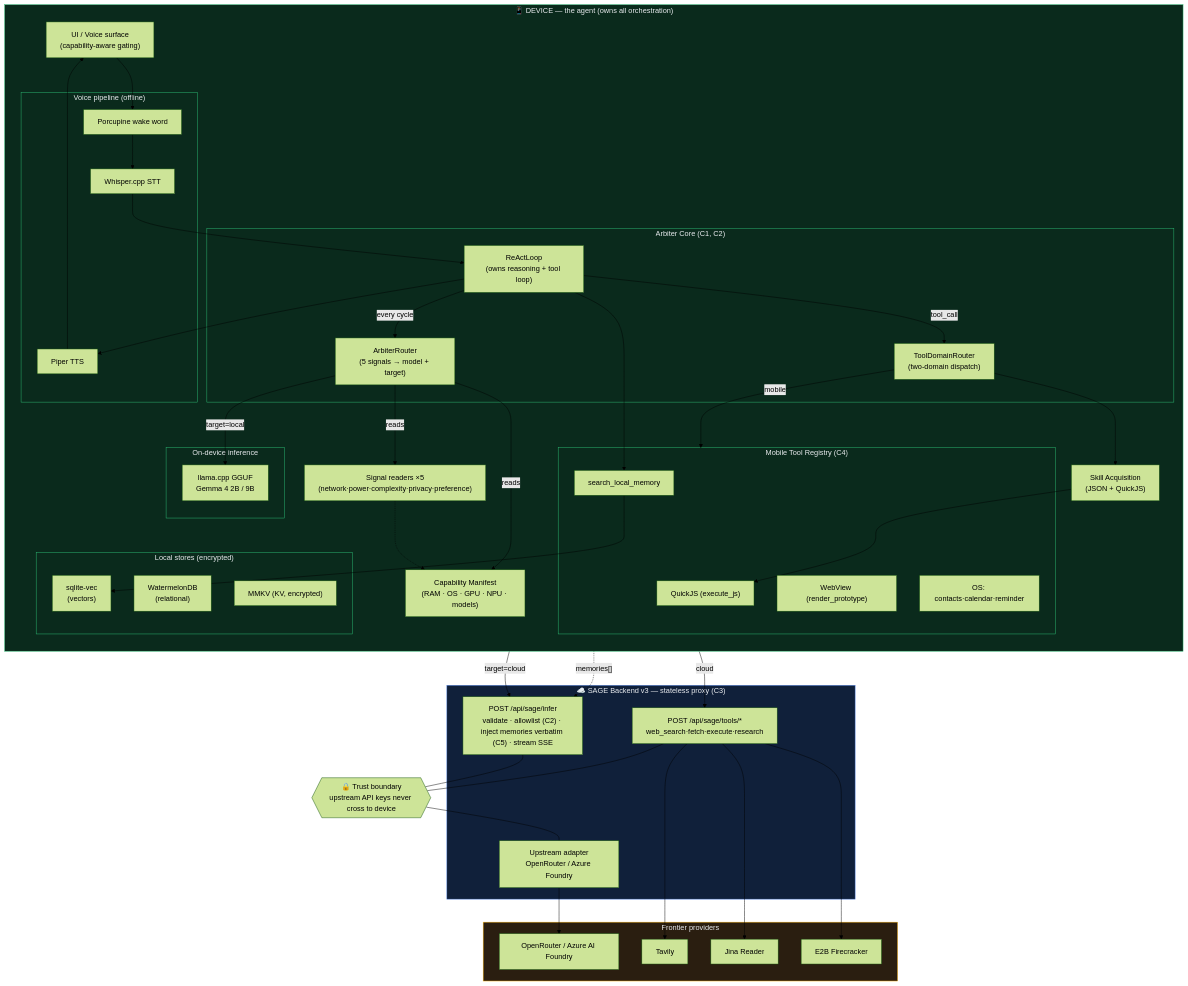
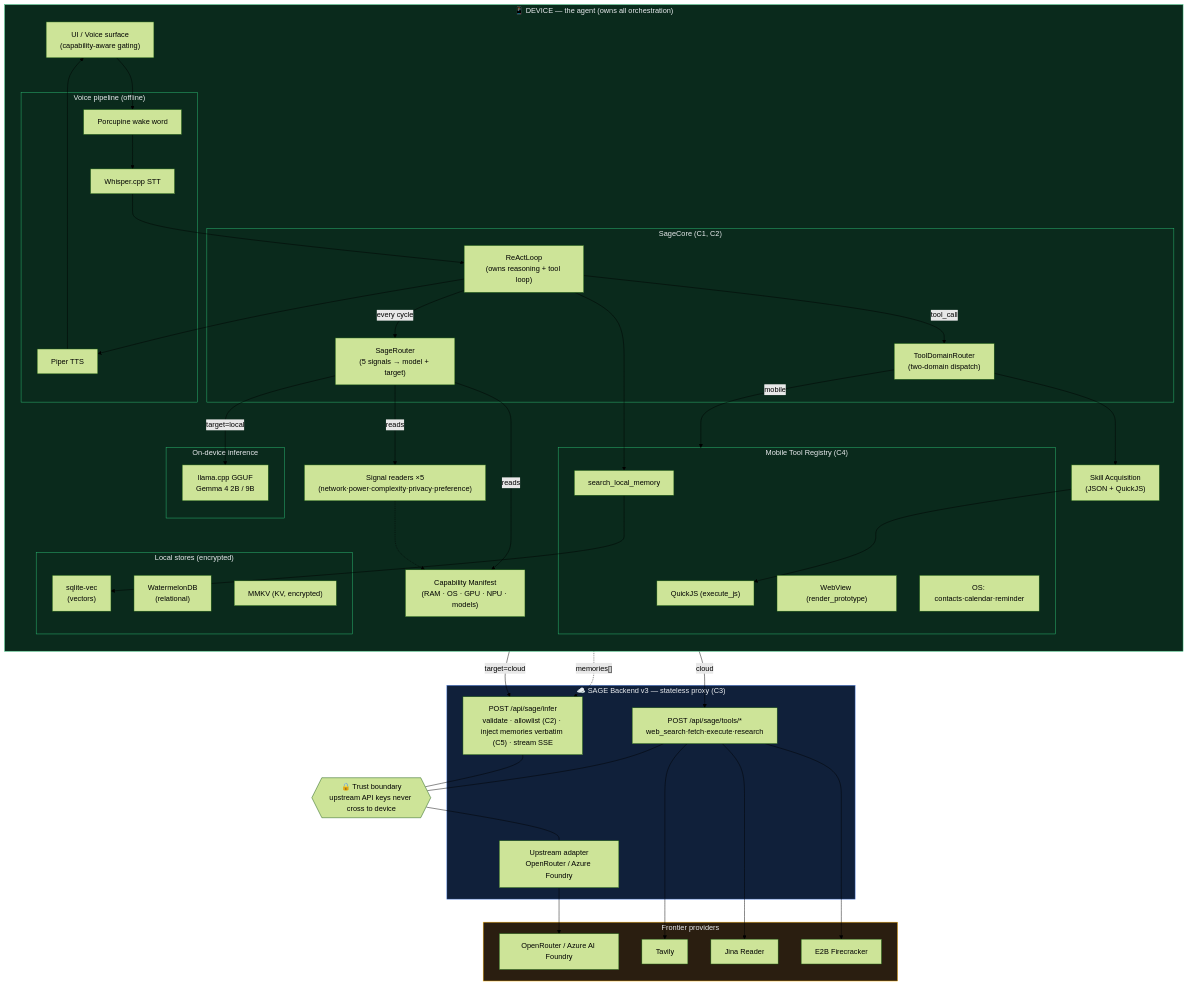
Before and after one commit to LG-Gibs/sage-agent: the first of 6 diagrams in docs/architecture.md, drawn with Mermaid (forest theme). The commit also changed other lines of this file and 70 other files, not shown here.

First line of the commit message:
refactor(core)!: rename Arbiter Core → SageCore (@sage/core)

````diff
--- a/docs/architecture.md
+++ b/docs/architecture.md
@@ -23,81 +23,81 @@
 ```mermaid
 flowchart TB
   subgraph DEVICE["📱 DEVICE — the agent (owns all orchestration)"]
     direction TB
     UI["UI / Voice surface<br/>(capability-aware gating)"]
     subgraph VOICE["Voice pipeline (offline)"]
       WAKE["Porcupine wake word"]
       STT["Whisper.cpp STT"]
       TTS["Piper TTS"]
     end
-    subgraph ARB["Arbiter Core (C1, C2)"]
+    subgraph ARB["SageCore (C1, C2)"]
       RL["ReActLoop<br/>(owns reasoning + tool loop)"]
-      AR["ArbiterRouter<br/>(5 signals → model + target)"]
+      AR["SageRouter<br/>(5 signals → model + target)"]
       TDR["ToolDomainRouter<br/>(two-domain dispatch)"]
     end
     CAP["Capability Manifest<br/>(RAM · OS · GPU · NPU · models)"]
     SIG["Signal readers ×5<br/>(network·power·complexity·privacy·preference)"]
     subgraph MOBTOOLS["Mobile Tool Registry (C4)"]
       QJS["QuickJS (execute_js)"]
       WV["WebView (render_prototype)"]
       OS["OS: contacts·calendar·reminder"]
       MEM["search_local_memory"]
     end
     subgraph LOCAL["On-device inference"]
       LLAMA["llama.cpp GGUF<br/>Gemma 4 2B / 9B"]
     end
     subgraph STORE["Local stores (encrypted)"]
       VEC["sqlite-vec<br/>(vectors)"]
       WDB["WatermelonDB<br/>(relational)"]
       MMKV["MMKV (KV, encrypted)"]
     end
     SKILL["Skill Acquisition<br/>(JSON + QuickJS)"]
   end
 
   BOUND{{"🔒 Trust boundary<br/>upstream API keys never cross to device"}}
 
   subgraph SERVER["☁️ SAGE Backend v3 — stateless proxy (C3)"]
     INFER["POST /api/sage/infer<br/>validate · allowlist (C2) · inject memories verbatim (C5) · stream SSE"]
     TOOLS["POST /api/sage/tools/*<br/>web_search·fetch·execute·research"]
     UP["Upstream adapter<br/>OpenRouter / Azure Foundry"]
   end
 
   subgraph CLOUD["Frontier providers"]
     OR["OpenRouter / Azure AI Foundry"]
     TAV["Tavily"]
     JINA["Jina Reader"]
     E2B["E2B Firecracker"]
   end
 
   UI --> WAKE --> STT --> RL
   RL --> TTS --> UI
   RL -->|every cycle| AR
   AR -->|reads| SIG
   AR -->|reads| CAP
   SIG -.-> CAP
   AR -->|target=local| LLAMA
   AR -->|target=cloud| INFER
   RL -->|tool_call| TDR
   TDR -->|mobile| MOBTOOLS
   TDR -->|cloud| TOOLS
   MEM --> VEC
   RL --> MEM
   RL -. memories[] .-> INFER
   SKILL --> QJS
   TDR --> SKILL
 
   INFER --- BOUND
   TOOLS --- BOUND
   BOUND --- UP
   UP --> OR
   TOOLS --> TAV
   TOOLS --> JINA
   TOOLS --> E2B
 
   classDef device fill:#0A2A1C,stroke:#2FBF77,color:#EAECEF;
   classDef server fill:#10203A,stroke:#5B8DEF,color:#EAECEF;
   classDef cloud fill:#2A1E10,stroke:#FFB612,color:#EAECEF;
   class DEVICE,VOICE,ARB,MOBTOOLS,LOCAL,STORE device;
   class SERVER server;
   class CLOUD cloud;
 ```
````
